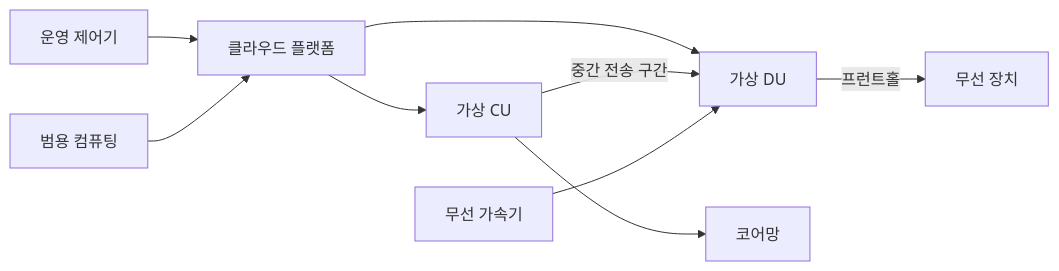
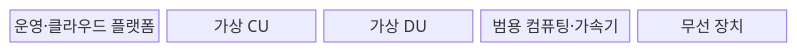
The first of 2 diagrams in src/content/docs/notes/04-network/112_virtual_ran.md (agnusdei1207/knowledge-base), drawn with Mermaid before and after one commit. The commit also changed other lines of this file and 9 other files, not shown here.

````diff
--- a/src/content/docs/notes/04-network/112_virtual_ran.md
+++ b/src/content/docs/notes/04-network/112_virtual_ran.md
@@ -55,11 +56,9 @@
 ```mermaid
-flowchart LR
-  O["운영 제어기"] --> P["클라우드 플랫폼"]
-  P --> C["가상 CU"]
-  P --> D["가상 DU"]
-  C -->|"중간 전송 구간"| D
-  D -->|"프런트홀"| R["무선 장치"]
-  C --> N["코어망"]
-  H["범용 컴퓨팅"] --> P
-  A["무선 가속기"] --> D
+block-beta
+  columns 5
+  A["운영·클라우드 플랫폼"]
+  B["가상 CU"]
+  C["가상 DU"]
+  D["범용 컴퓨팅·가속기"]
+  E["무선 장치"]
 ```
````
